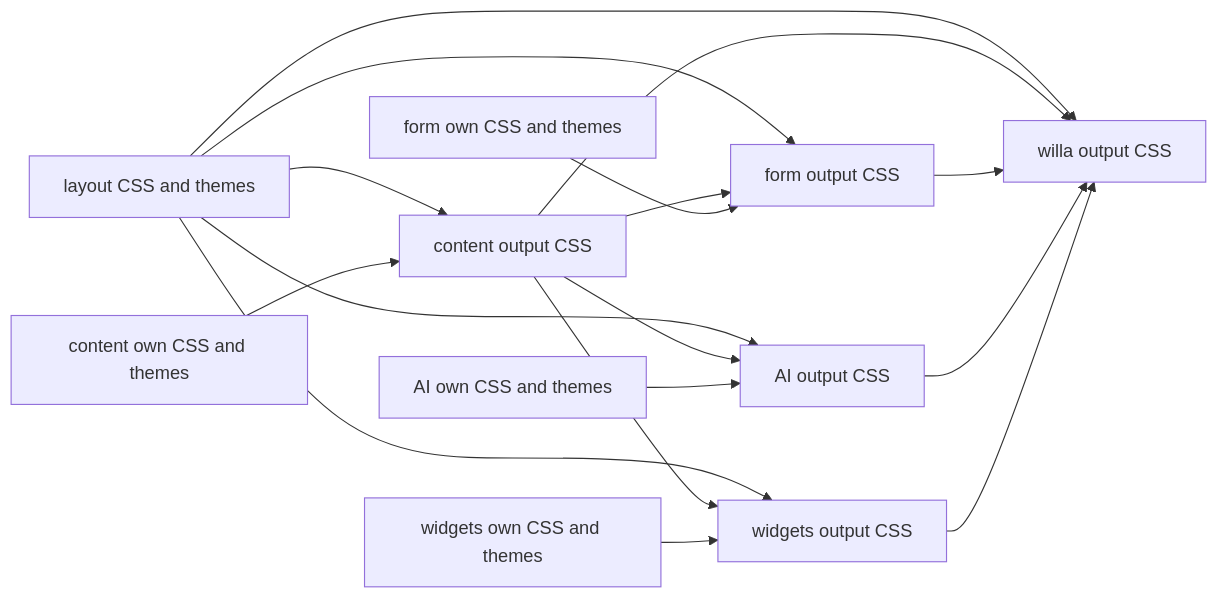
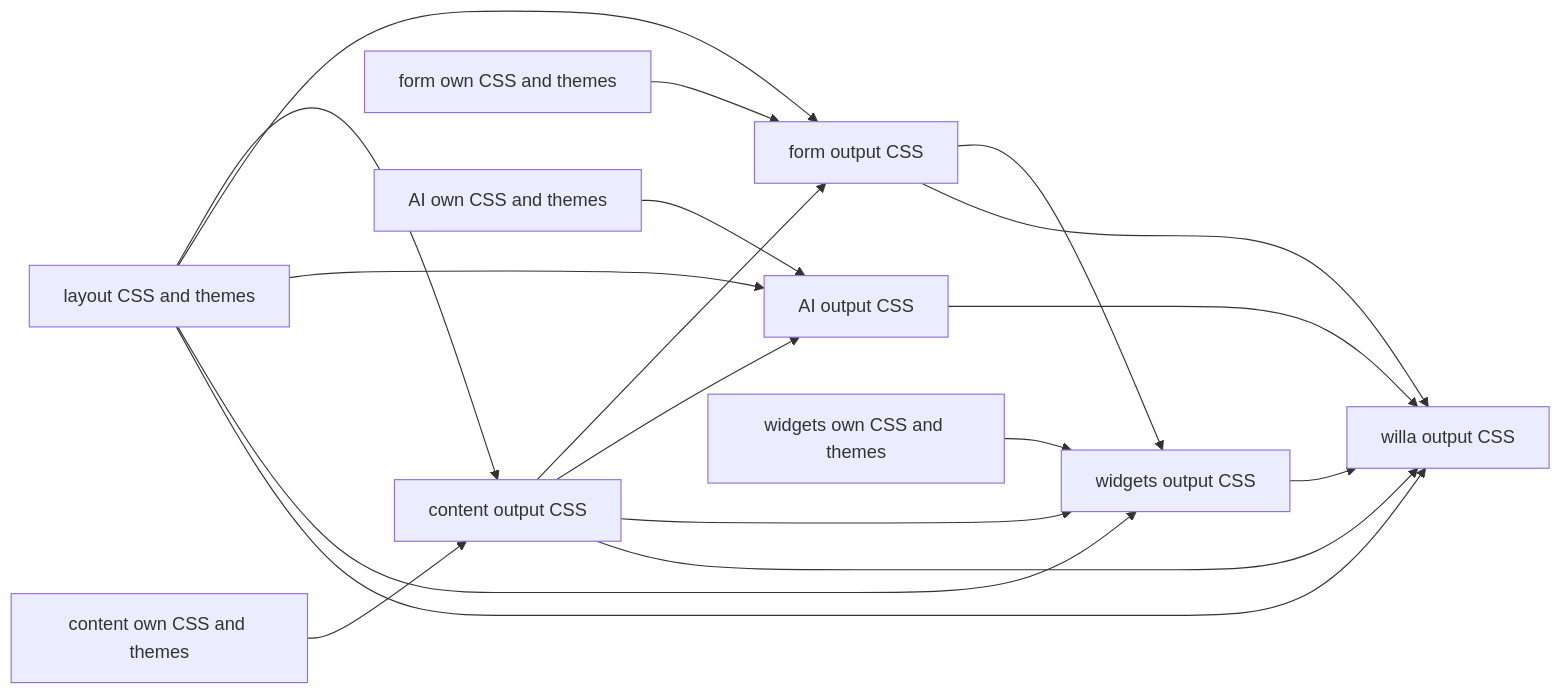
The third of 4 diagrams in docs/architecture.md (imtaotao/willa), drawn with Mermaid before and after one commit. The commit also changed other lines of this file and 58 other files, not shown here.

````diff
--- a/docs/architecture.md
+++ b/docs/architecture.md
@@ -248,30 +256,31 @@
 ```mermaid
 flowchart LR
   layoutCss["layout CSS and themes"]
   contentOwn["content own CSS and themes"]
   contentCss["content output CSS"]
   formOwn["form own CSS and themes"]
   formCss["form output CSS"]
   aiOwn["AI own CSS and themes"]
   aiCss["AI output CSS"]
   widgetsOwn["widgets own CSS and themes"]
   widgetsCss["widgets output CSS"]
   willaCss["willa output CSS"]
 
   layoutCss --> contentCss
   contentOwn --> contentCss
   layoutCss --> formCss
   contentCss --> formCss
   formOwn --> formCss
   layoutCss --> aiCss
   contentCss --> aiCss
   aiOwn --> aiCss
   layoutCss --> widgetsCss
   contentCss --> widgetsCss
+  formCss --> widgetsCss
   widgetsOwn --> widgetsCss
   layoutCss --> willaCss
   contentCss --> willaCss
   formCss --> willaCss
   aiCss --> willaCss
   widgetsCss --> willaCss
 ```
````
